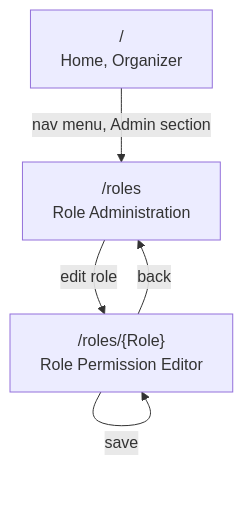
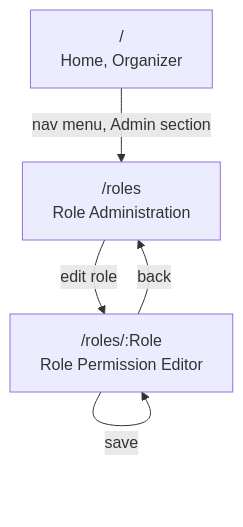
One commit to ivanball/ivanball.github.io changed diagram 14 of 14 in docs-src/guides/adc-NavigationFlow.md. Above: the diagram before and after it, drawn with Mermaid. The commit also changed other lines of this file and 9 other files, not shown here.

````diff
--- a/docs-src/guides/adc-NavigationFlow.md
+++ b/docs-src/guides/adc-NavigationFlow.md
@@ -625,7 +676,7 @@
 ```mermaid
 flowchart TD
     Home["/<br/>Home, Organizer"] -->|nav menu, Admin section| Roles["/roles<br/>Role Administration"]
-    Roles -->|edit role| RoleEdit["/roles/{Role}<br/>Role Permission Editor"]
+    Roles -->|edit role| RoleEdit["/roles/:Role<br/>Role Permission Editor"]
     RoleEdit -->|save| RoleEdit
     RoleEdit -->|back| Roles
 ```
````
